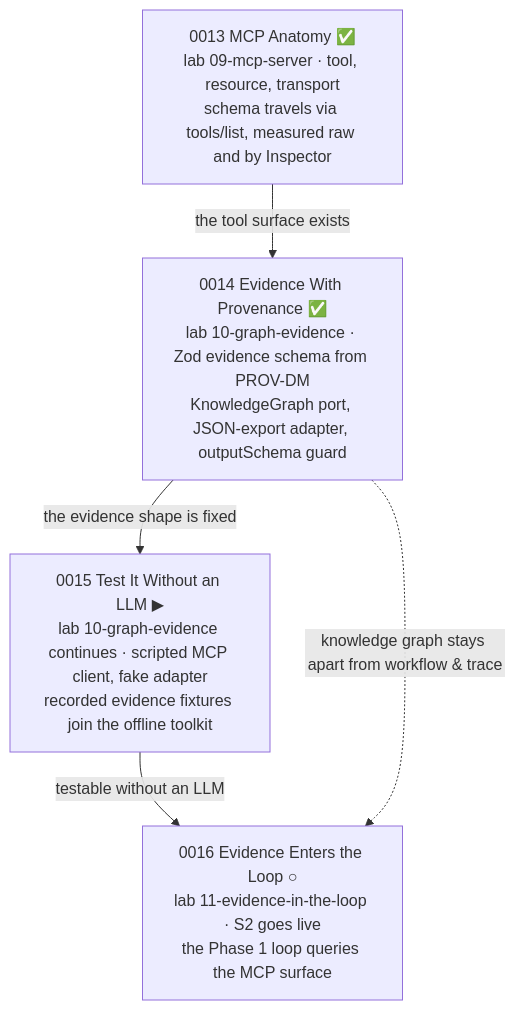
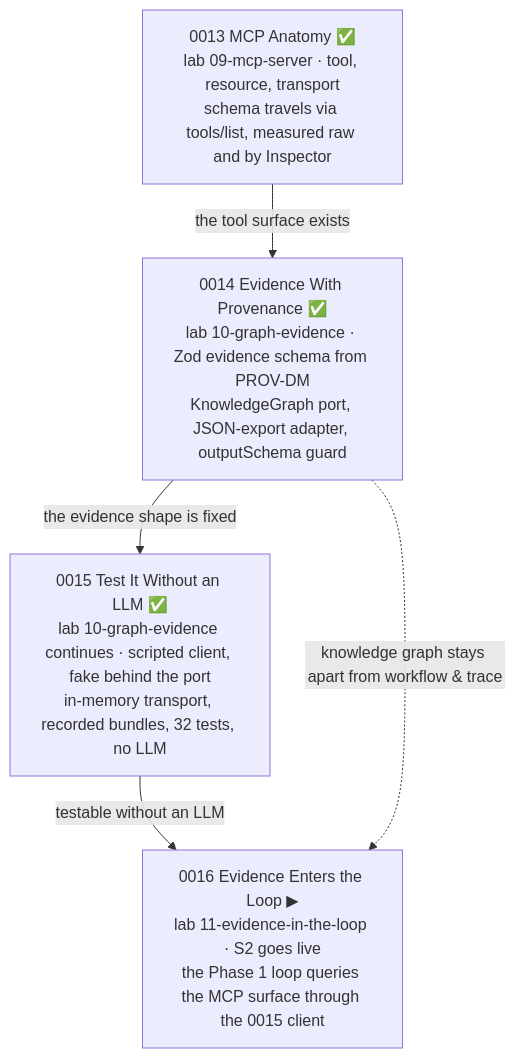
The fourth of 5 diagrams in wiki/course/course-module-graph.md (JozsefKiss90/TS), drawn with Mermaid before and after one commit. The commit also changed other lines of this file and 28 other files, not shown here.

````diff
--- a/wiki/course/course-module-graph.md
+++ b/wiki/course/course-module-graph.md
@@ -77,11 +77,11 @@
 ```mermaid
 flowchart TD
     N13["0013 MCP Anatomy ✅<br/>lab 09-mcp-server · tool, resource, transport<br/>schema travels via tools/list, measured raw and by Inspector"]
     N14["0014 Evidence With Provenance ✅<br/>lab 10-graph-evidence · Zod evidence schema from PROV-DM<br/>KnowledgeGraph port, JSON-export adapter, outputSchema guard"]
-    N15["0015 Test It Without an LLM ▶<br/>lab 10-graph-evidence continues · scripted MCP client, fake adapter<br/>recorded evidence fixtures join the offline toolkit"]
-    N16["0016 Evidence Enters the Loop ○<br/>lab 11-evidence-in-the-loop · S2 goes live<br/>the Phase 1 loop queries the MCP surface"]
+    N15["0015 Test It Without an LLM ✅<br/>lab 10-graph-evidence continues · scripted client, fake behind the port<br/>in-memory transport, recorded bundles, 32 tests, no LLM"]
+    N16["0016 Evidence Enters the Loop ▶<br/>lab 11-evidence-in-the-loop · S2 goes live<br/>the Phase 1 loop queries the MCP surface through the 0015 client"]
     N13 -->|"the tool surface exists"| N14
     N14 -->|"the evidence shape is fixed"| N15
     N15 -->|"testable without an LLM"| N16
     N14 -.->|"knowledge graph stays apart from workflow & trace"| N16
 ```
````
